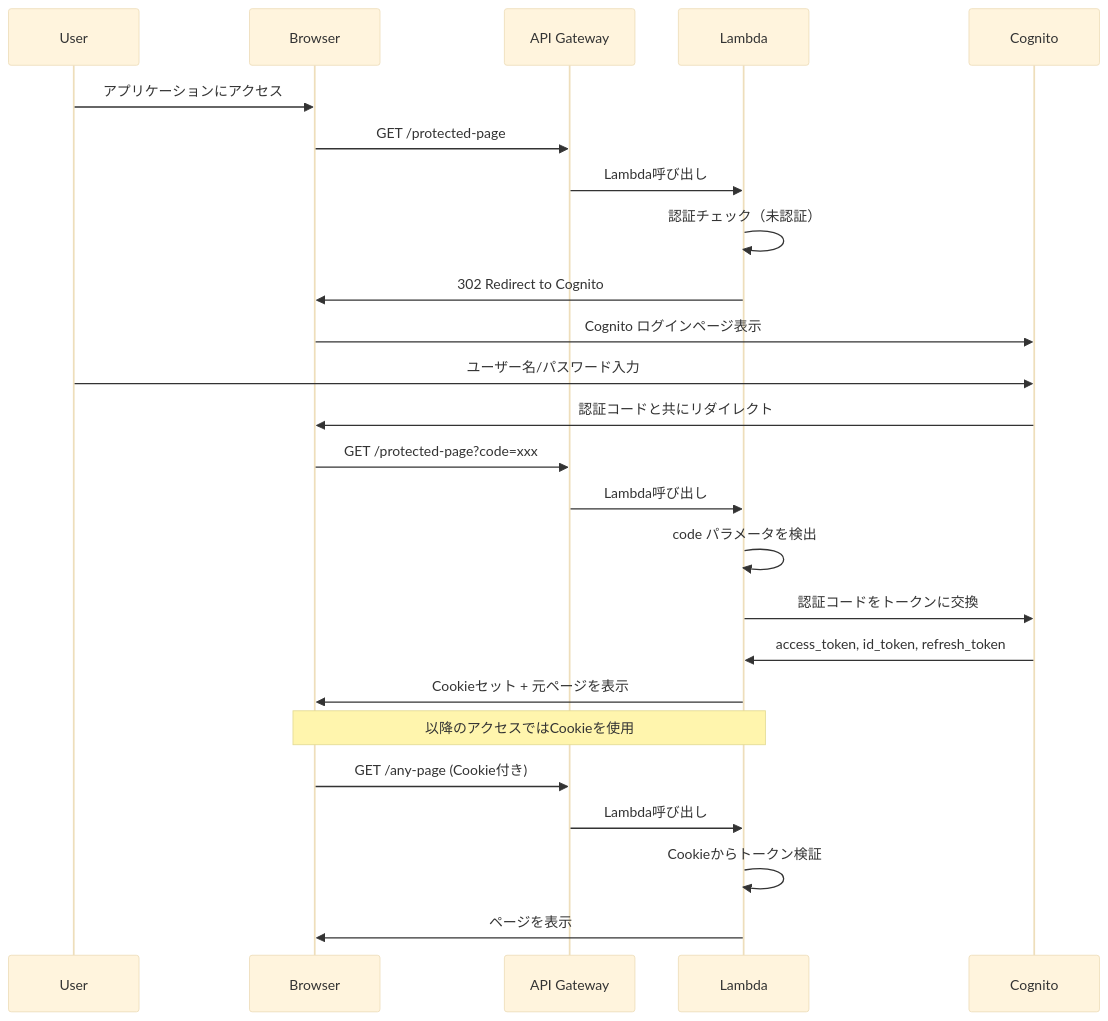
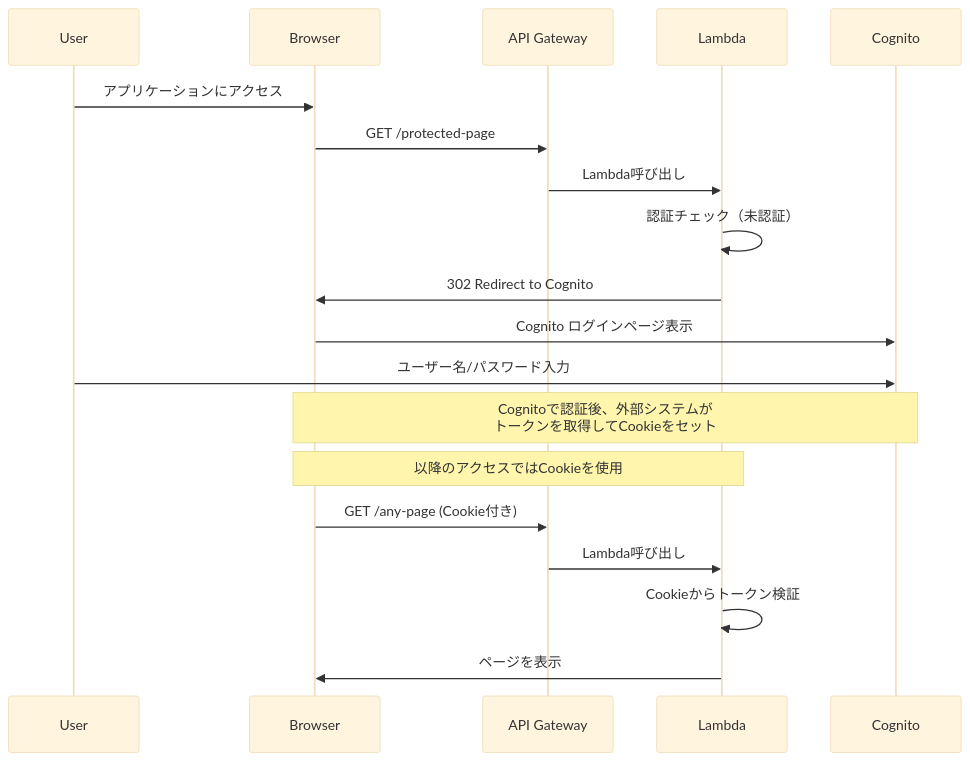
One commit to h-akira/wambda changed the first of 2 diagrams in design/02_authentication.md. Above: the diagram before and after it, drawn with Mermaid (base theme). The commit also changed other lines of this file and 8 other files, not shown here.

````diff
--- a/design/02_authentication.md
+++ b/design/02_authentication.md
@@ -22,29 +22,24 @@
 ```mermaid
 sequenceDiagram
     participant U as User
     participant B as Browser
     participant AG as API Gateway
     participant L as Lambda
     participant C as Cognito
     
     U->>B: アプリケーションにアクセス
     B->>AG: GET /protected-page
     AG->>L: Lambda呼び出し
     L->>L: 認証チェック（未認証）
     L->>B: 302 Redirect to Cognito
     B->>C: Cognito ログインページ表示
     U->>C: ユーザー名/パスワード入力
-    C->>B: 認証コードと共にリダイレクト
-    B->>AG: GET /protected-page?code=xxx
-    AG->>L: Lambda呼び出し
-    L->>L: code パラメータを検出
-    L->>C: 認証コードをトークンに交換
-    C->>L: access_token, id_token, refresh_token
-    L->>B: Cookieセット + 元ページを表示
+    
+    Note over B,C: Cognitoで認証後、外部システムが<br/>トークンを取得してCookieをセット
     
     Note over B,L: 以降のアクセスではCookieを使用
     B->>AG: GET /any-page (Cookie付き)
     AG->>L: Lambda呼び出し
     L->>L: Cookieからトークン検証
     L->>B: ページを表示
 ```
````
